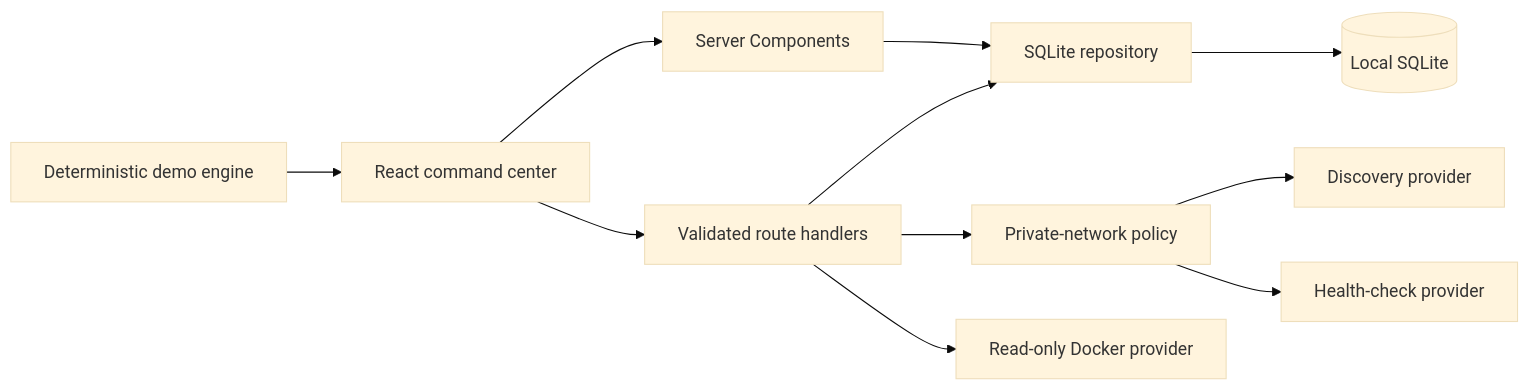
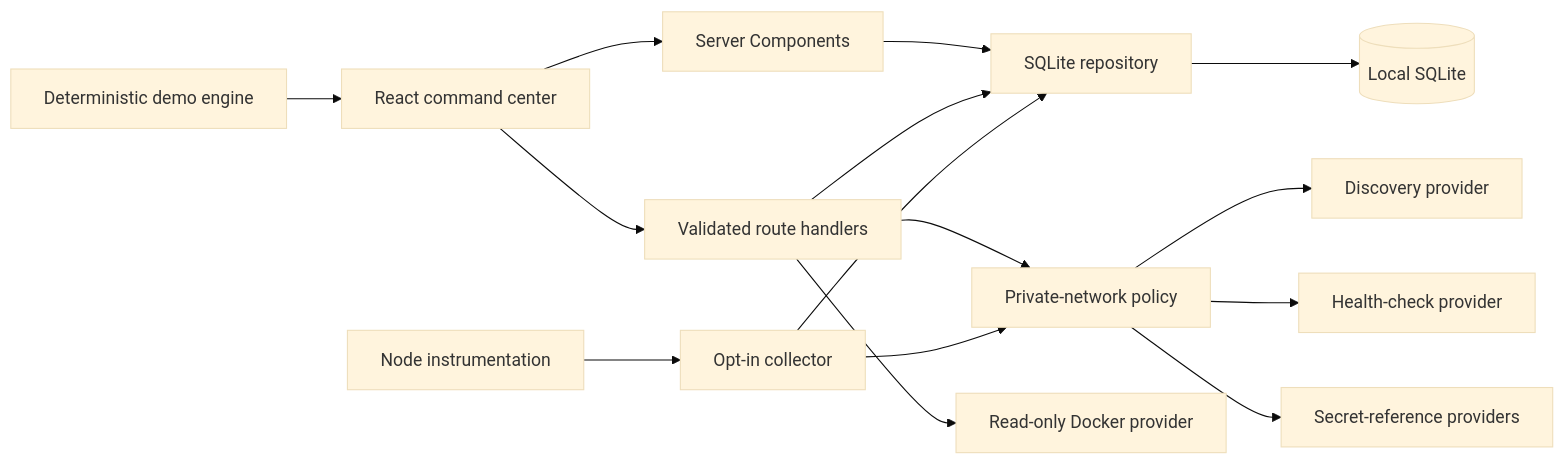
The diagram in docs/ARCHITECTURE.md (chadkraus87/home-lab-commander), drawn with Mermaid (base theme) before and after one commit. The commit also changed other lines of this file and 70 other files, not shown here.

````diff
--- a/docs/ARCHITECTURE.md
+++ b/docs/ARCHITECTURE.md
@@ -9,13 +9,17 @@
 ```mermaid
 flowchart LR
   UI["React command center"] --> SC["Server Components"]
   UI --> API["Validated route handlers"]
   SC --> REPO["SQLite repository"]
   API --> REPO
   API --> POLICY["Private-network policy"]
   POLICY --> DISCOVERY["Discovery provider"]
   POLICY --> HEALTH["Health-check provider"]
   API --> DOCKER["Read-only Docker provider"]
+  INST["Node instrumentation"] --> COLLECTOR["Opt-in collector"]
+  COLLECTOR --> POLICY
+  COLLECTOR --> REPO
+  POLICY --> PROVIDERS["Secret-reference providers"]
   DEMO["Deterministic demo engine"] --> UI
   REPO --> DB[("Local SQLite")]
 ```
````
